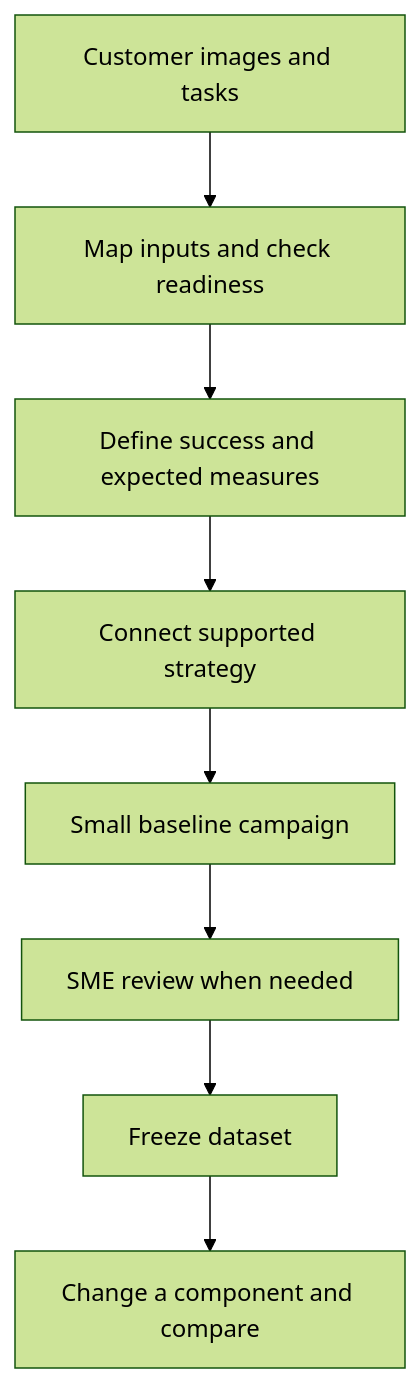
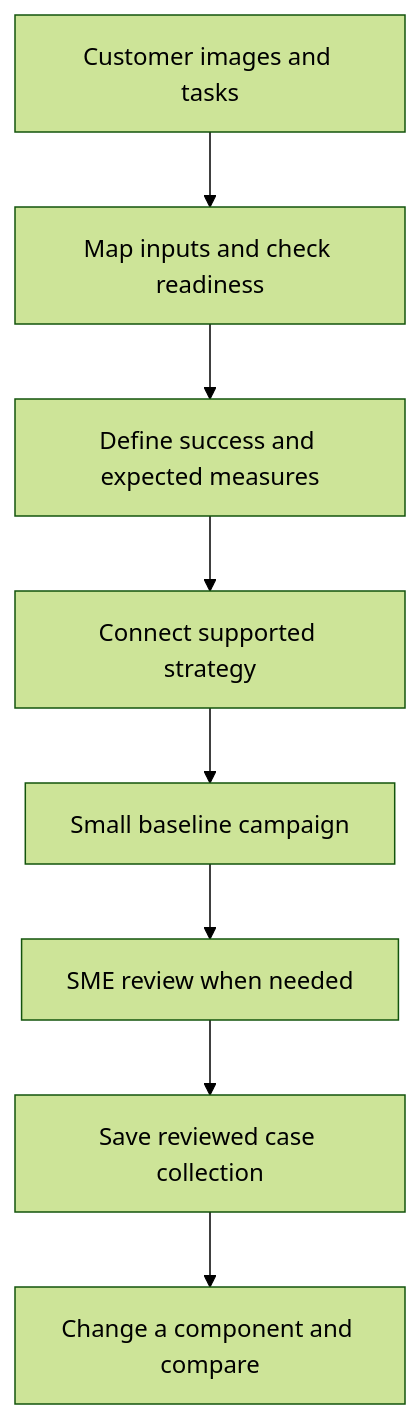
The second of 2 diagrams in docs/PRODUCT_SPEC.md (niksacdev/rove), drawn with Mermaid (forest theme) before and after one commit. The commit also changed other lines of this file and 58 other files, not shown here.

````diff
--- a/docs/PRODUCT_SPEC.md
+++ b/docs/PRODUCT_SPEC.md
@@ -90,10 +92,10 @@
 ```mermaid
 flowchart TD
     I[Customer images and tasks] --> M[Map inputs and check readiness]
     M --> O[Define success and expected measures]
     O --> S[Connect supported strategy]
     S --> B[Small baseline campaign]
     B --> H[SME review when needed]
-    H --> D[Freeze dataset]
+    H --> D[Save reviewed case collection]
     D --> A[Change a component and compare]
 ```
````
